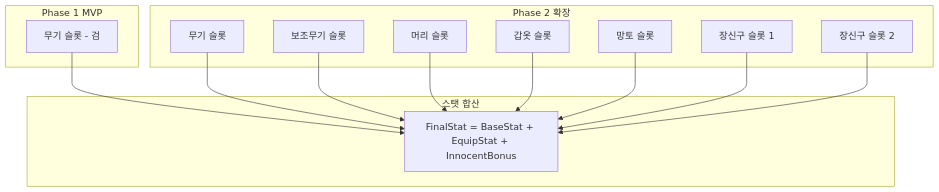
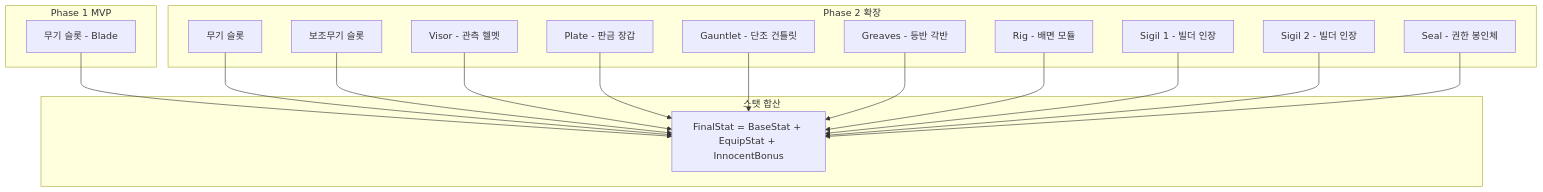
Before and after one commit to Biskraft/ProjectAbyss: the first of 2 diagrams in Documents/System/System_Equipment_Slots.md, drawn with Mermaid. The commit also changed other lines of this file and 59 other files, not shown here.

````diff
--- a/Documents/System/System_Equipment_Slots.md
+++ b/Documents/System/System_Equipment_Slots.md
@@ -91,29 +93,35 @@
 ```mermaid
 graph TD
     subgraph "Phase 1 MVP"
-        WPN[무기 슬롯 - 검]
+        WPN[무기 슬롯 - Blade]
     end
 
     subgraph "Phase 2 확장"
         WPN2[무기 슬롯]
         SUB[보조무기 슬롯]
-        HMT[머리 슬롯]
-        ARM[갑옷 슬롯]
-        CLK[망토 슬롯]
-        ACC1[장신구 슬롯 1]
-        ACC2[장신구 슬롯 2]
+        VSR[Visor - 관측 헬멧]
+        PLT[Plate - 판금 장갑]
+        GNT[Gauntlet - 단조 건틀릿]
+        GRV[Greaves - 등반 각반]
+        RIG[Rig - 배면 모듈]
+        SGL1[Sigil 1 - 빌더 인장]
+        SGL2[Sigil 2 - 빌더 인장]
+        SEAL[Seal - 권한 봉인체]
     end
 
     subgraph "스탯 합산"
         FINAL[FinalStat = BaseStat + EquipStat + InnocentBonus]
     end
 
     WPN --> FINAL
     WPN2 --> FINAL
     SUB --> FINAL
-    HMT --> FINAL
-    ARM --> FINAL
-    CLK --> FINAL
-    ACC1 --> FINAL
-    ACC2 --> FINAL
+    VSR --> FINAL
+    PLT --> FINAL
+    GNT --> FINAL
+    GRV --> FINAL
+    RIG --> FINAL
+    SGL1 --> FINAL
+    SGL2 --> FINAL
+    SEAL --> FINAL
 ```
````
